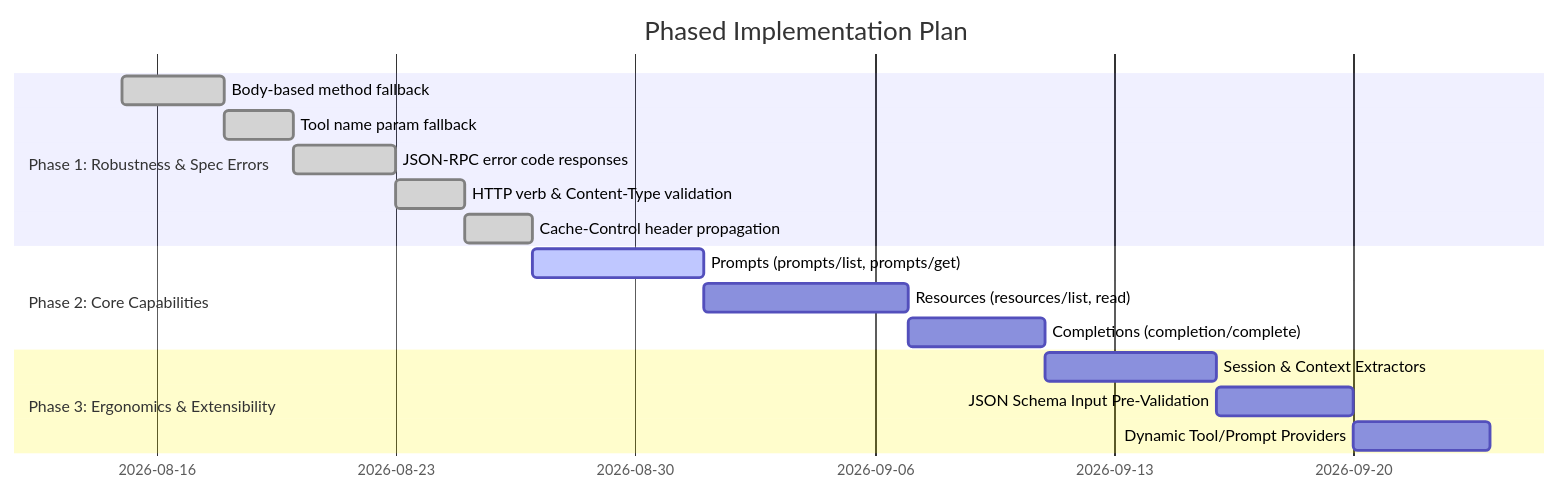
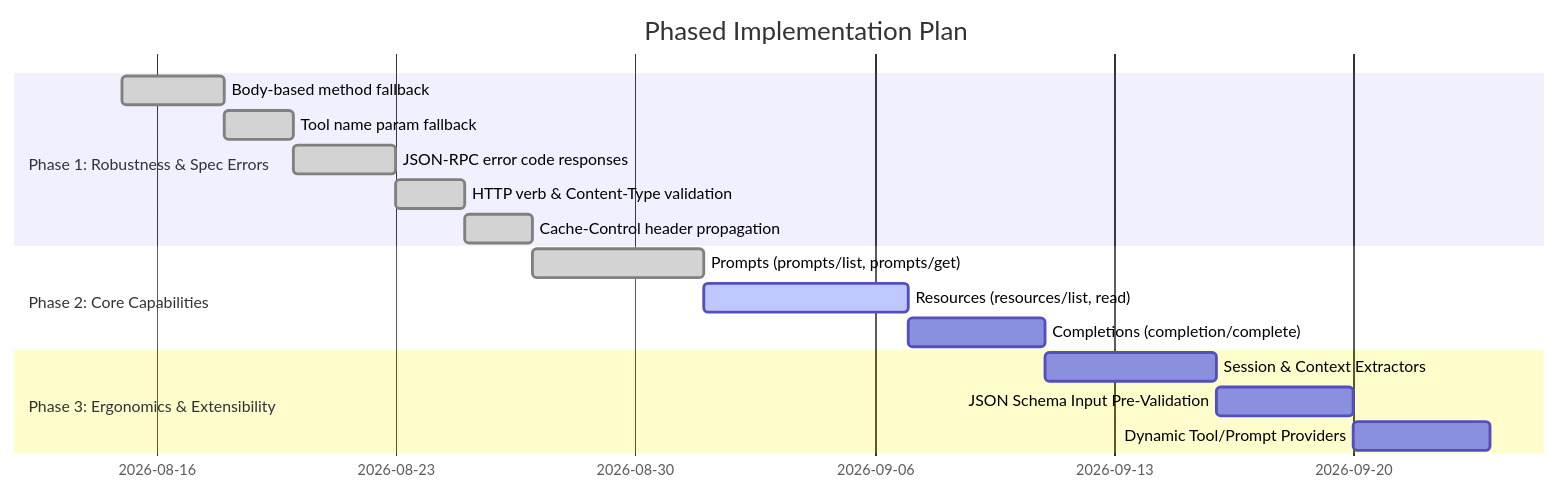
Before and after one commit to andreban/mcp-routing: the diagram in ROADMAP.md, drawn with Mermaid. The commit also changed other lines of this file and 16 other files, not shown here.

````diff
--- a/ROADMAP.md
+++ b/ROADMAP.md
@@ -142,19 +142,19 @@
 ```mermaid
 gantt
     title Phased Implementation Plan
     dateFormat  YYYY-MM-DD
     section Phase 1: Robustness & Spec Errors
     Body-based method fallback         :done, p1_1, 2026-08-15, 3d
     Tool name param fallback           :done, p1_2, after p1_1, 2d
     JSON-RPC error code responses      :done, p1_3, after p1_2, 3d
     HTTP verb & Content-Type validation:done, p1_4, after p1_3, 2d
     Cache-Control header propagation   :done, p1_5, after p1_4, 2d
     section Phase 2: Core Capabilities
-    Prompts (prompts/list, prompts/get):active, p2_1, after p1_5, 5d
-    Resources (resources/list, read)   :p2_2, after p2_1, 6d
+    Prompts (prompts/list, prompts/get):done, p2_1, after p1_5, 5d
+    Resources (resources/list, read)   :active, p2_2, after p2_1, 6d
     Completions (completion/complete)  :p2_3, after p2_2, 4d
     section Phase 3: Ergonomics & Extensibility
     Session & Context Extractors       :p3_1, after p2_3, 5d
     JSON Schema Input Pre-Validation   :p3_2, after p3_1, 4d
     Dynamic Tool/Prompt Providers      :p3_3, after p3_2, 4d
 ```
````
